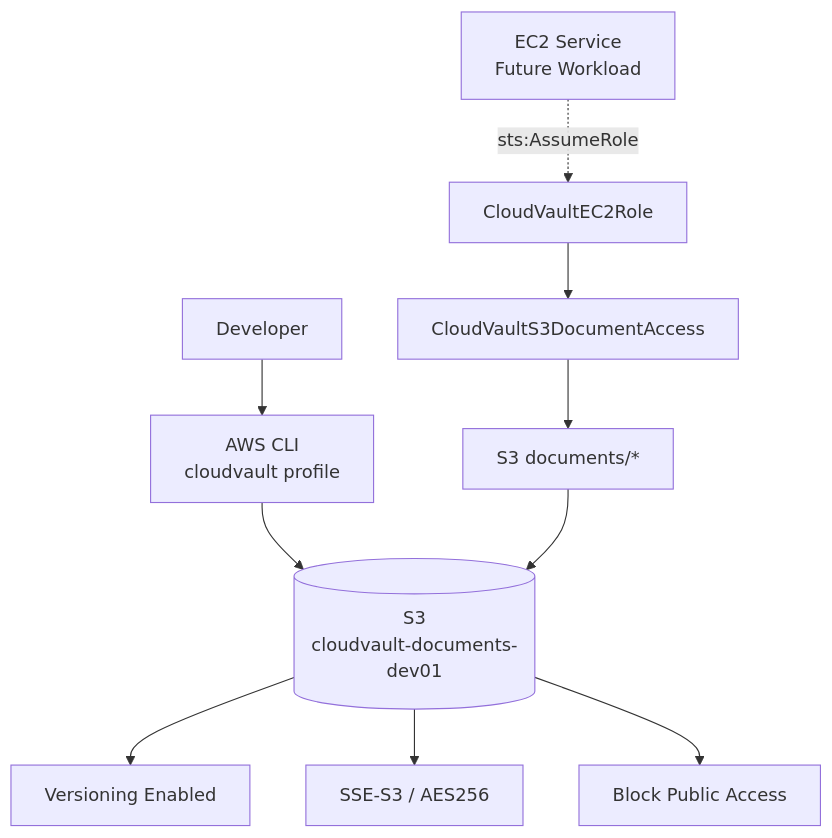
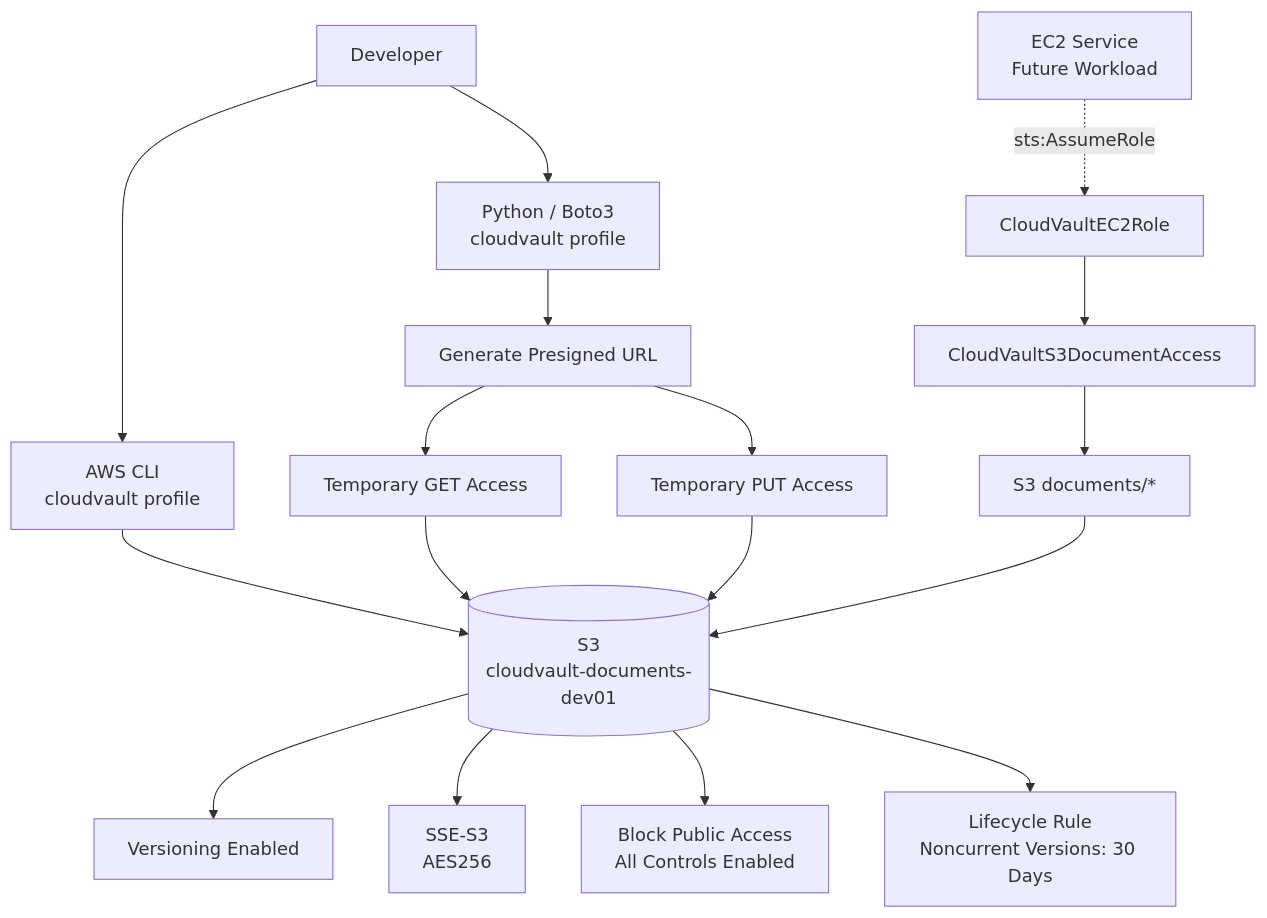
The diagram in docs/architecture/cloudvault-current-state.mmd (Nadleeh-coder/aws-cloudvault), drawn with Mermaid before and after one commit. The commit also changed 5 other files, not shown here.

Commit message:
feat: add S3 lifecycle and presigned access

```diff
--- a/docs/architecture/cloudvault-current-state.mmd
+++ b/docs/architecture/cloudvault-current-state.mmd
@@ -1,12 +1,20 @@
 flowchart TD
     DEV[Developer] --> CLI[AWS CLI<br/>cloudvault profile]
     CLI --> S3[(S3<br/>cloudvault-documents-dev01)]
 
     EC2[EC2 Service<br/>Future Workload] -. sts:AssumeRole .-> ROLE[CloudVaultEC2Role]
     ROLE --> POLICY[CloudVaultS3DocumentAccess]
     POLICY --> PREFIX[S3 documents/*]
     PREFIX --> S3
 
     S3 --> VER[Versioning Enabled]
-    S3 --> ENC[SSE-S3 / AES256]
-    S3 --> BPA[Block Public Access]
+    S3 --> ENC[SSE-S3<br/>AES256]
+    S3 --> BPA[Block Public Access<br/>All Controls Enabled]
+    S3 --> LIFE[Lifecycle Rule<br/>Noncurrent Versions: 30 Days]
+
+    DEV --> SDK[Python / Boto3<br/>cloudvault profile]
+    SDK --> PRESIGN[Generate Presigned URL]
+    PRESIGN --> GET[Temporary GET Access]
+    PRESIGN --> PUT[Temporary PUT Access]
+    GET --> S3
+    PUT --> S3
```
